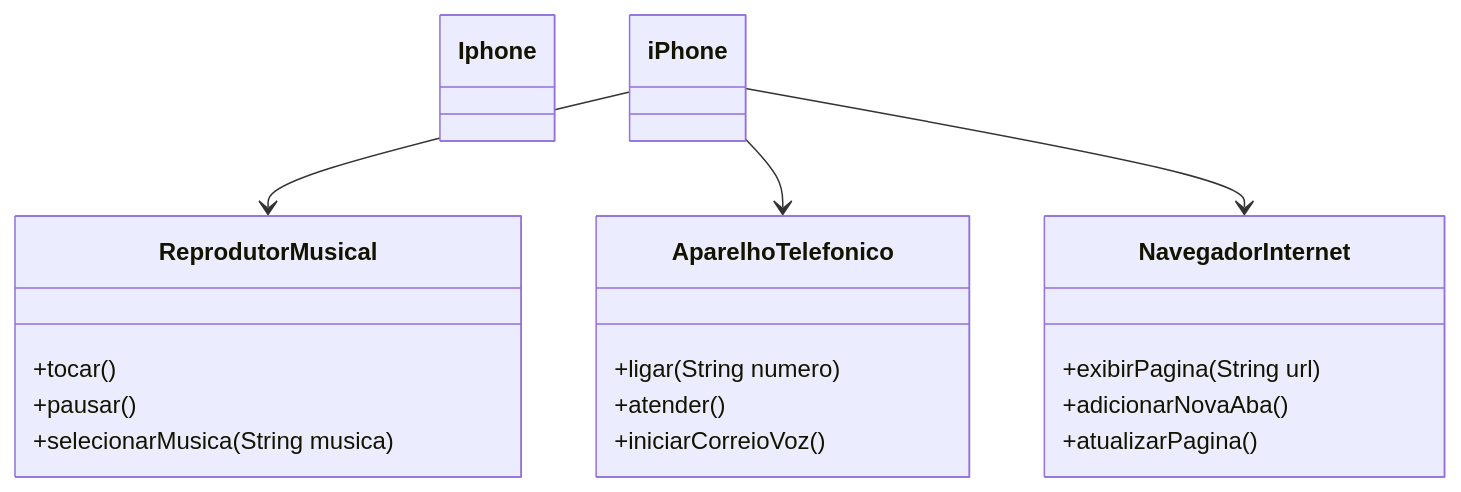
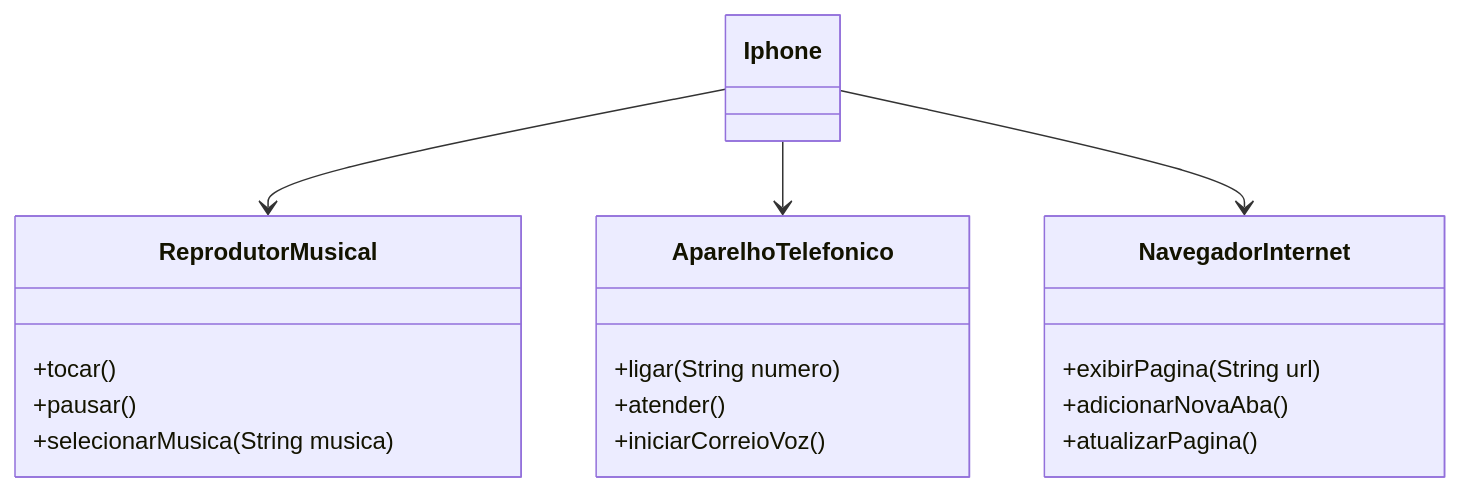
One commit to LoryAF/IphonePOODesafio changed the diagram in README.md. Above: the diagram before and after it, drawn with Mermaid.

````diff
--- a/README.md
+++ b/README.md
@@ -11,27 +11,24 @@
 ```mermaid
 classDiagram
     class ReprodutorMusical {
         +tocar()
         +pausar()
         +selecionarMusica(String musica)
     }
 
     class AparelhoTelefonico {
         +ligar(String numero)
         +atender()
         +iniciarCorreioVoz()
     }
 
     class NavegadorInternet {
         +exibirPagina(String url)
         +adicionarNovaAba()
         +atualizarPagina()
     }
 
-    class Iphone {
-    }
-
-    iPhone --> ReprodutorMusical
-    iPhone --> AparelhoTelefonico
-    iPhone --> NavegadorInternet
+    Iphone --> ReprodutorMusical
+    Iphone --> AparelhoTelefonico
+    Iphone --> NavegadorInternet
 ``` 
````
